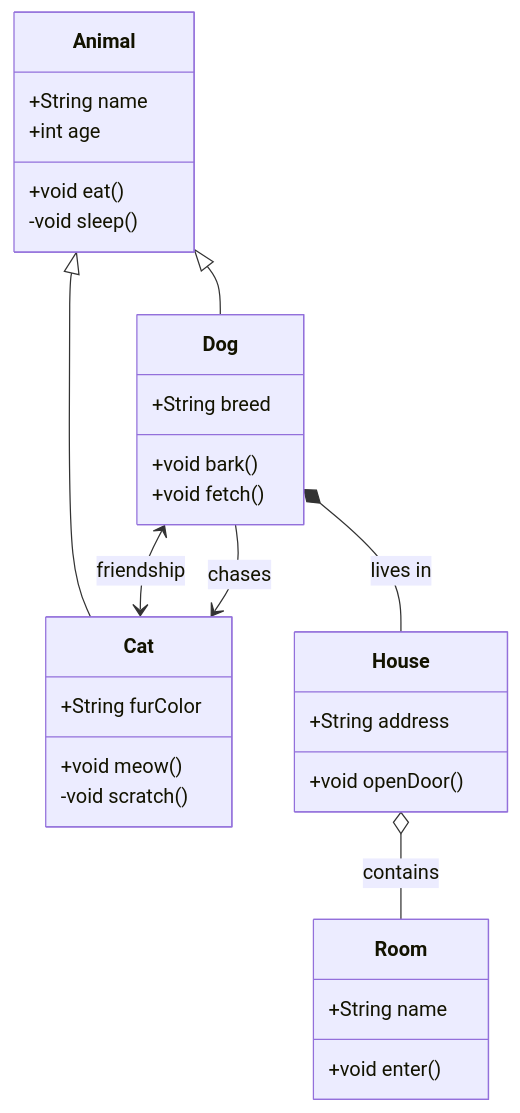
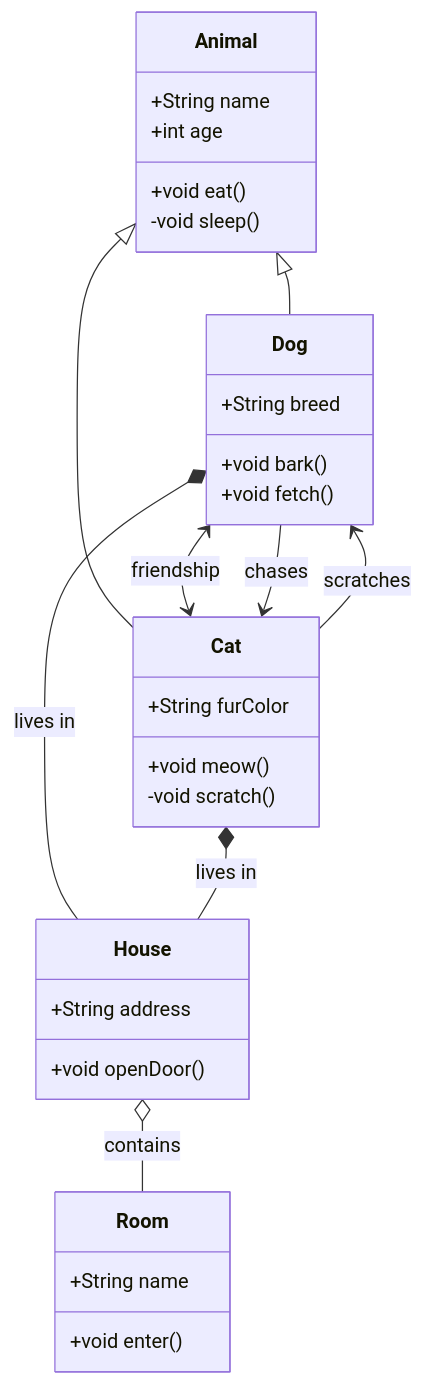
Before and after one commit to petervdpas/mermaid-bridge: the diagram in README.md, drawn with Mermaid. The commit also changed other lines of this file, not shown here.

Commit message:
updated mermaid

````diff
--- a/README.md
+++ b/README.md
@@ -81,33 +83,35 @@
 ```mermaid
 classDiagram
    class Animal {
       +String name
       +int age
       +void eat()
       -void sleep()
    }
    class Dog {
       +String breed
       +void bark()
       +void fetch()
    }
    class Cat {
       +String furColor
       +void meow()
       -void scratch()
    }
    class House {
       +String address
       +void openDoor()
    }
    class Room {
       +String name
       +void enter()
    }
    Animal <|-- Dog
    Animal <|-- Cat
    Dog <--> Cat : friendship
    Dog --> Cat : chases
+   Cat --> Dog : scratches
    Dog *-- House : lives in
+   Cat *-- House : lives in
    House o-- Room : contains
 ```
````
